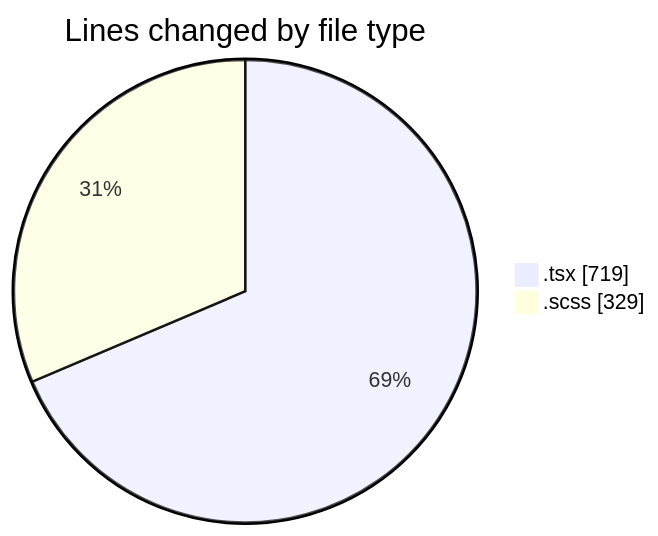
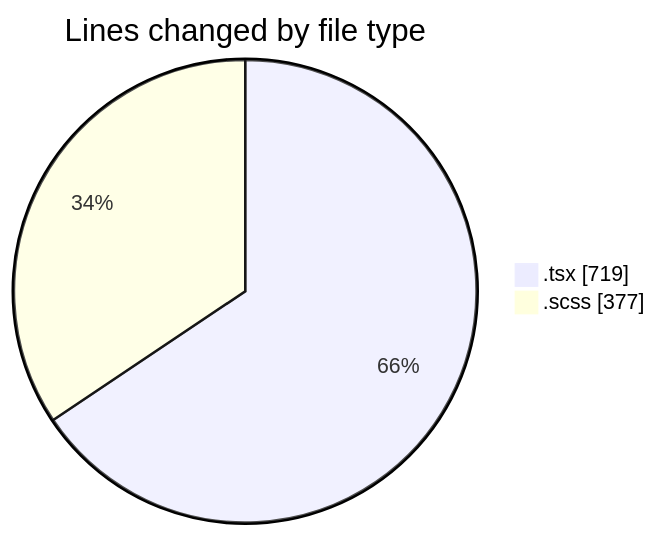
Before and after one commit to momahboobian/code-tracking: the first of 2 diagrams in 2025-10-06/cda/README.md, drawn with Mermaid. The commit also changed other lines of this file and 1 other file, not shown here.

````diff
--- a/2025-10-06/cda/README.md
+++ b/2025-10-06/cda/README.md
@@ -23,6 +23,6 @@
 ```mermaid
 pie showData
 title Lines changed by file type
 ".tsx" : 719
-".scss" : 329
+".scss" : 377
 ```
````
